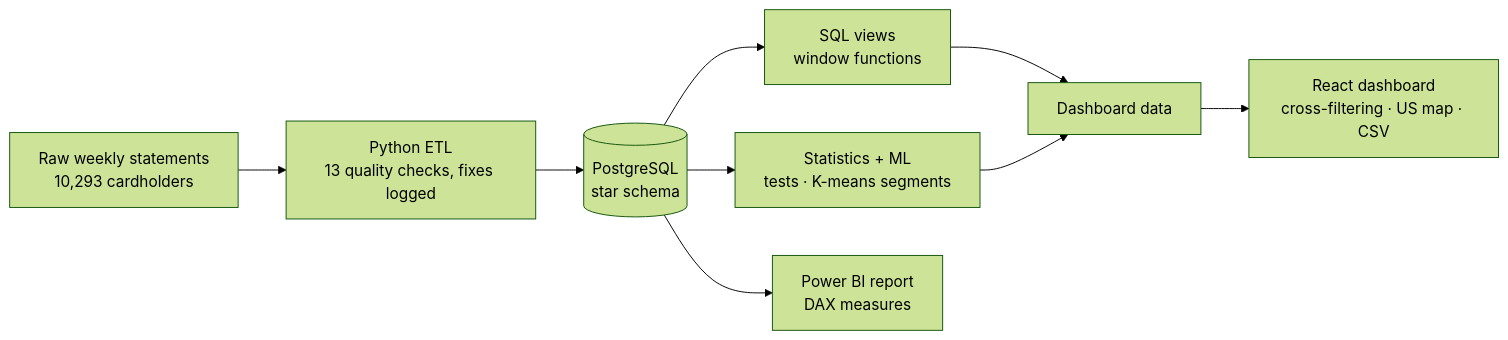
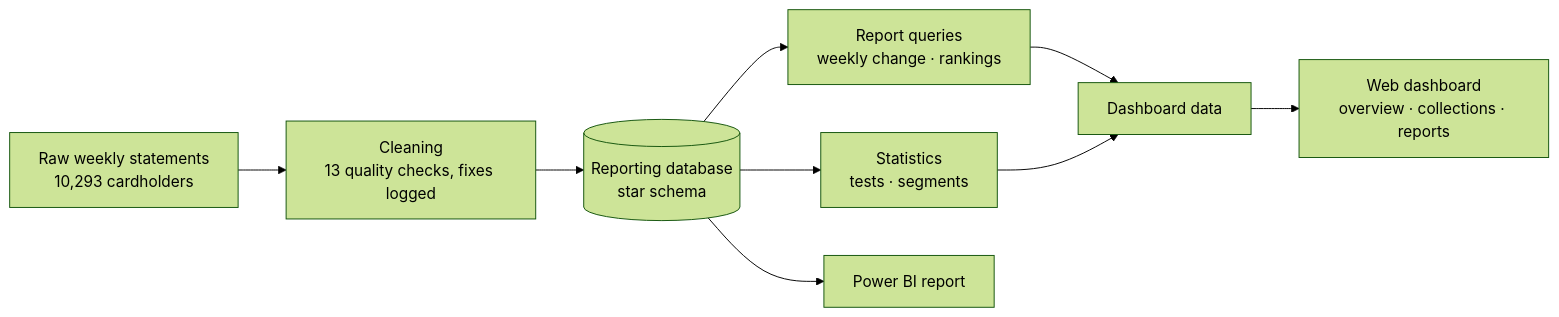
The diagram in README.md (twinstack-studio/cardlens), drawn with Mermaid (forest theme) before and after one commit. The commit also changed other lines of this file and 10 other files, not shown here.

````diff
--- a/README.md
+++ b/README.md
@@ -48,11 +52,11 @@
 ```mermaid
 flowchart LR
-  RAW[Raw weekly statements<br/>10,293 cardholders] --> ETL[Python ETL<br/>13 quality checks, fixes logged]
-  ETL --> PG[(PostgreSQL<br/>star schema)]
-  PG --> V[SQL views<br/>window functions]
-  PG --> ML[Statistics + ML<br/>tests · K-means segments]
-  V --> D[Dashboard data]
-  ML --> D
-  D --> UI[React dashboard<br/>cross-filtering · US map · CSV]
-  PG --> PBI[Power BI report<br/>DAX measures]
+  RAW[Raw weekly statements<br/>10,293 cardholders] --> ETL[Cleaning<br/>13 quality checks, fixes logged]
+  ETL --> DB[(Reporting database<br/>star schema)]
+  DB --> Q[Report queries<br/>weekly change · rankings]
+  DB --> ST[Statistics<br/>tests · segments]
+  Q --> D[Dashboard data]
+  ST --> D
+  D --> UI[Web dashboard<br/>overview · collections · reports]
+  DB --> PBI[Power BI report]
 ```
````
